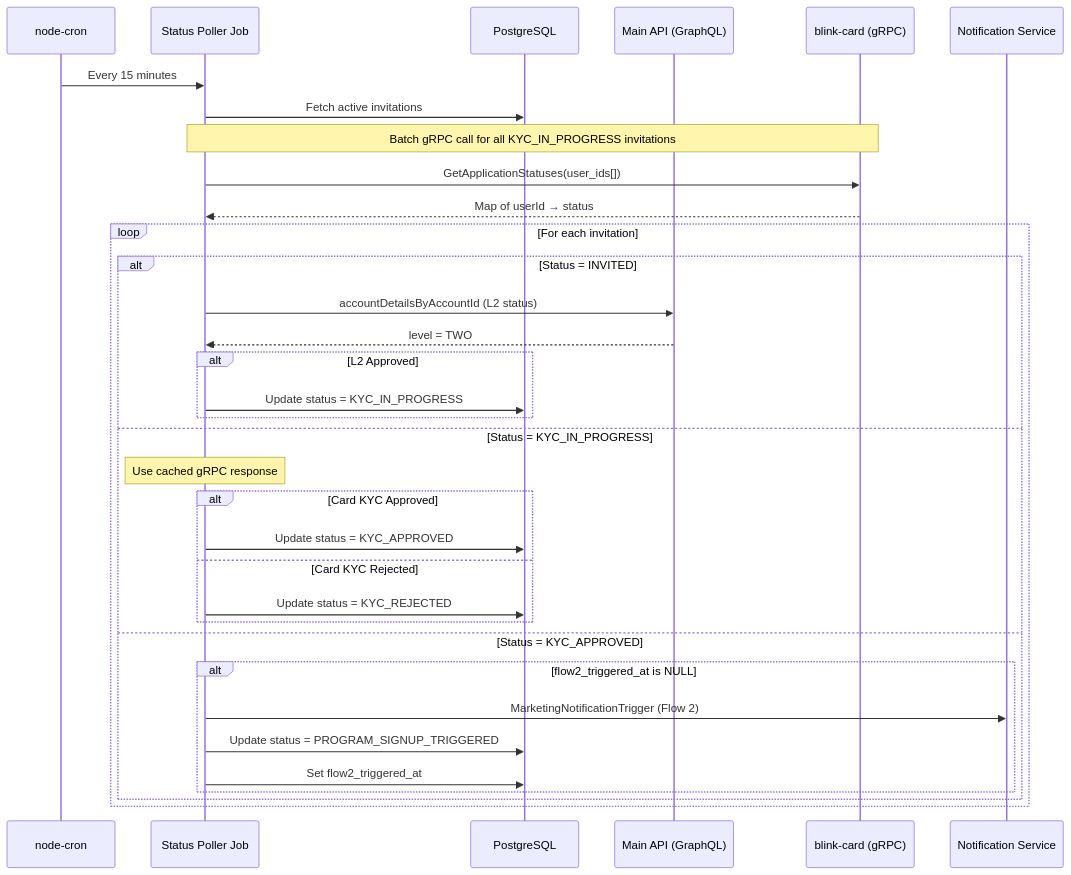
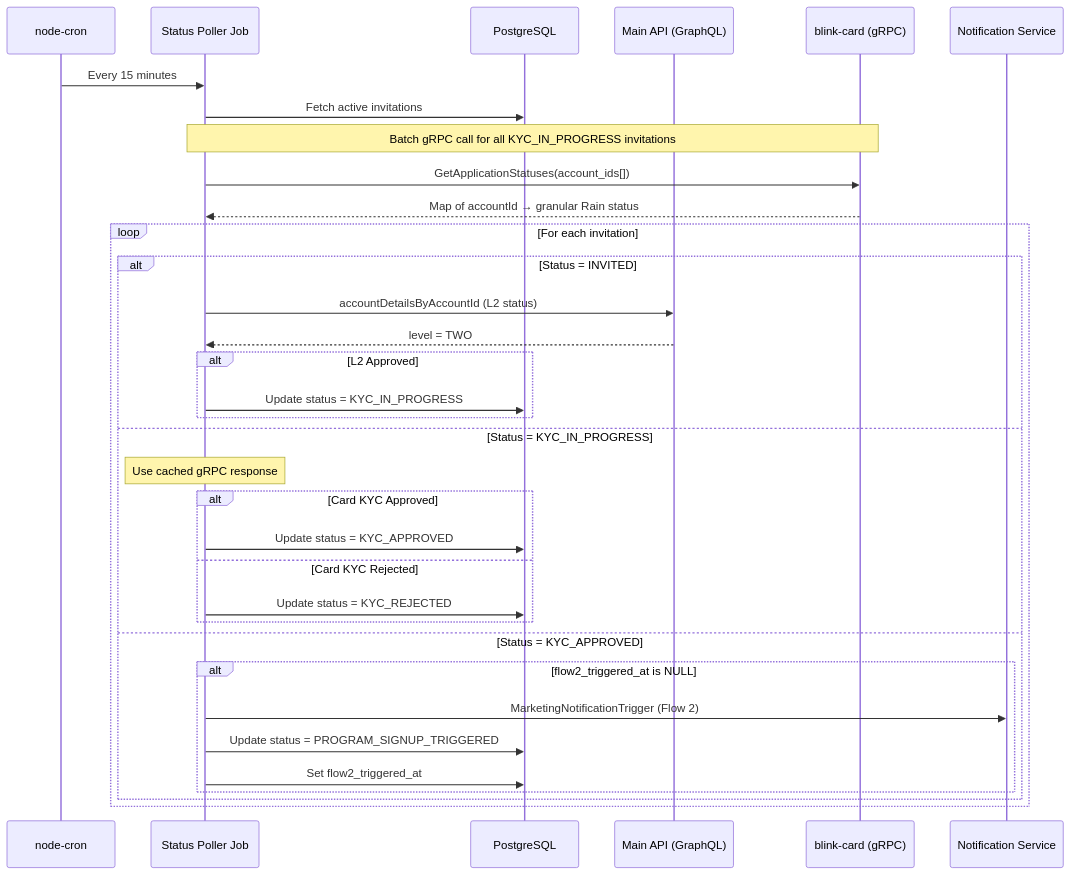
One commit to blinkbitcoin/blink changed the fifth of 7 diagrams in docs/bmad/tech-spec-program-invitation-system.md. Above: the diagram before and after it, drawn with Mermaid. The commit also changed other lines of this file and 2 other files, not shown here.

Commit message:
docs: update docs to use account_id for querying kyc status from blink_card

````diff
--- a/docs/bmad/tech-spec-program-invitation-system.md
+++ b/docs/bmad/tech-spec-program-invitation-system.md
@@ -302,39 +305,39 @@
 ```mermaid
 sequenceDiagram
     participant Cron as node-cron
     participant Poller as Status Poller Job
     participant DB as PostgreSQL
     participant MainAPI as Main API (GraphQL)
     participant BlinkCard as blink-card (gRPC)
     participant Notif as Notification Service
 
     Cron->>Poller: Every 15 minutes
     Poller->>DB: Fetch active invitations
 
     Note over Poller,BlinkCard: Batch gRPC call for all KYC_IN_PROGRESS invitations
-    Poller->>BlinkCard: GetApplicationStatuses(user_ids[])
-    BlinkCard-->>Poller: Map of userId → status
+    Poller->>BlinkCard: GetApplicationStatuses(account_ids[])
+    BlinkCard-->>Poller: Map of accountId → granular Rain status
 
     loop For each invitation
         alt Status = INVITED
             Poller->>MainAPI: accountDetailsByAccountId (L2 status)
             MainAPI-->>Poller: level = TWO
             alt L2 Approved
                 Poller->>DB: Update status = KYC_IN_PROGRESS
             end
         else Status = KYC_IN_PROGRESS
             Note over Poller: Use cached gRPC response
             alt Card KYC Approved
                 Poller->>DB: Update status = KYC_APPROVED
             else Card KYC Rejected
                 Poller->>DB: Update status = KYC_REJECTED
             end
         else Status = KYC_APPROVED
             alt flow2_triggered_at is NULL
                 Poller->>Notif: MarketingNotificationTrigger (Flow 2)
                 Poller->>DB: Update status = PROGRAM_SIGNUP_TRIGGERED
                 Poller->>DB: Set flow2_triggered_at
             end
         end
     end
 ```
````
